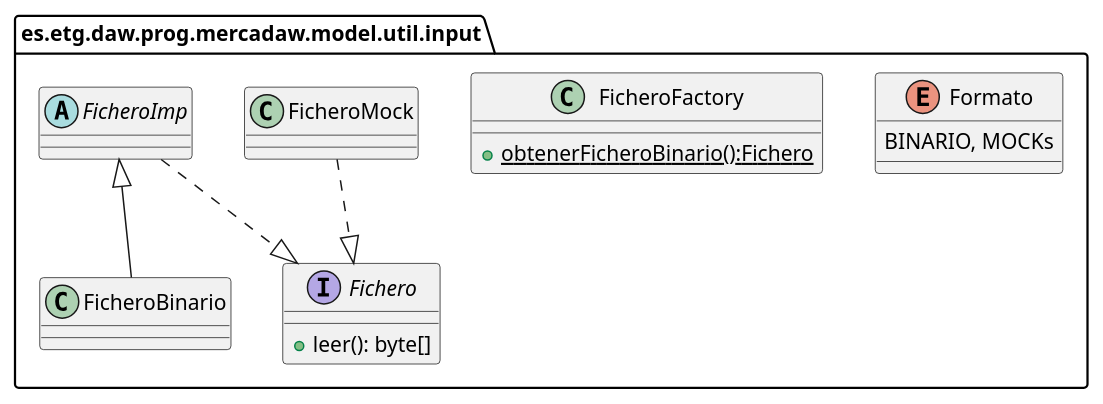
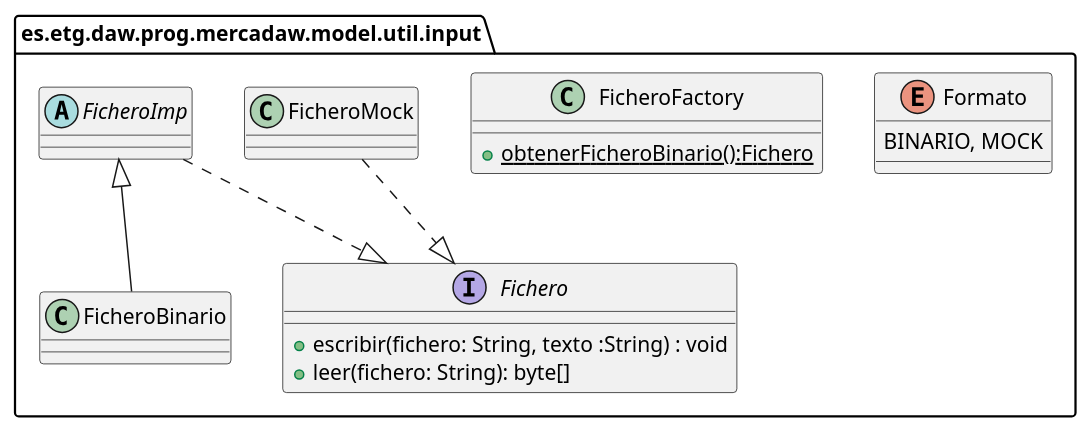
The diagram in design/Clases/ClasesInput.pu (dmadcha/mercadaw_trabajo_ev3), drawn with PlantUML before and after one commit. The commit also changed 2 other files, not shown here.

```diff
--- a/design/Clases/ClasesInput.pu
+++ b/design/Clases/ClasesInput.pu
@@ -1,36 +1,37 @@
 @startuml input
 
 set separator none
 package es.etg.daw.prog.mercadaw.model.util.input{
 
     enum Formato{
-        BINARIO, MOCKs
+        BINARIO, MOCK
     }
 
     class FicheroFactory{
         {static} + obtenerFicheroBinario():Fichero
     }
 
     class FicheroMock{
 
     }
 
     class FicheroBinario{
 
     }
 
     abstract FicheroImp{
 
     }
 
     interface Fichero{
-        + leer(): byte[]
+        + escribir(fichero: String, texto :String) : void 
+        + leer(fichero: String): byte[]
 
     }
 }
 
 
 FicheroImp <|-- FicheroBinario
 FicheroMock ..|> Fichero
 FicheroImp ..|> Fichero
 @enduml
```
